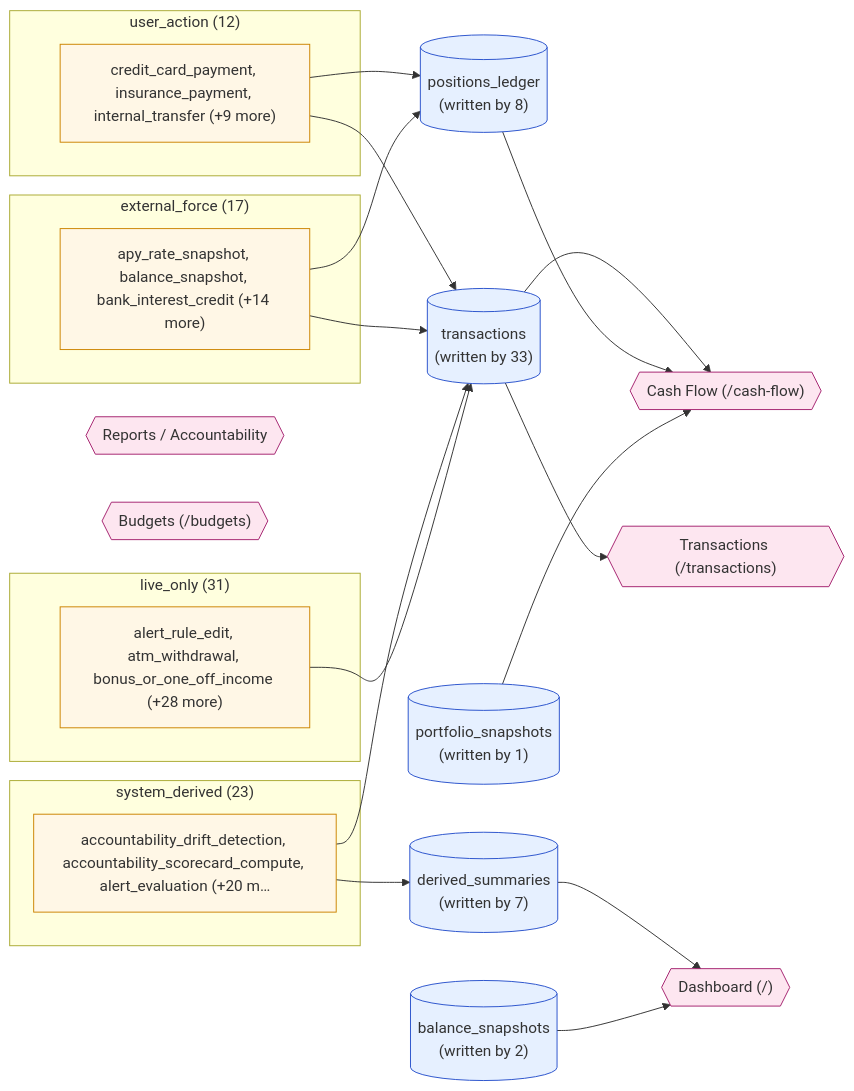
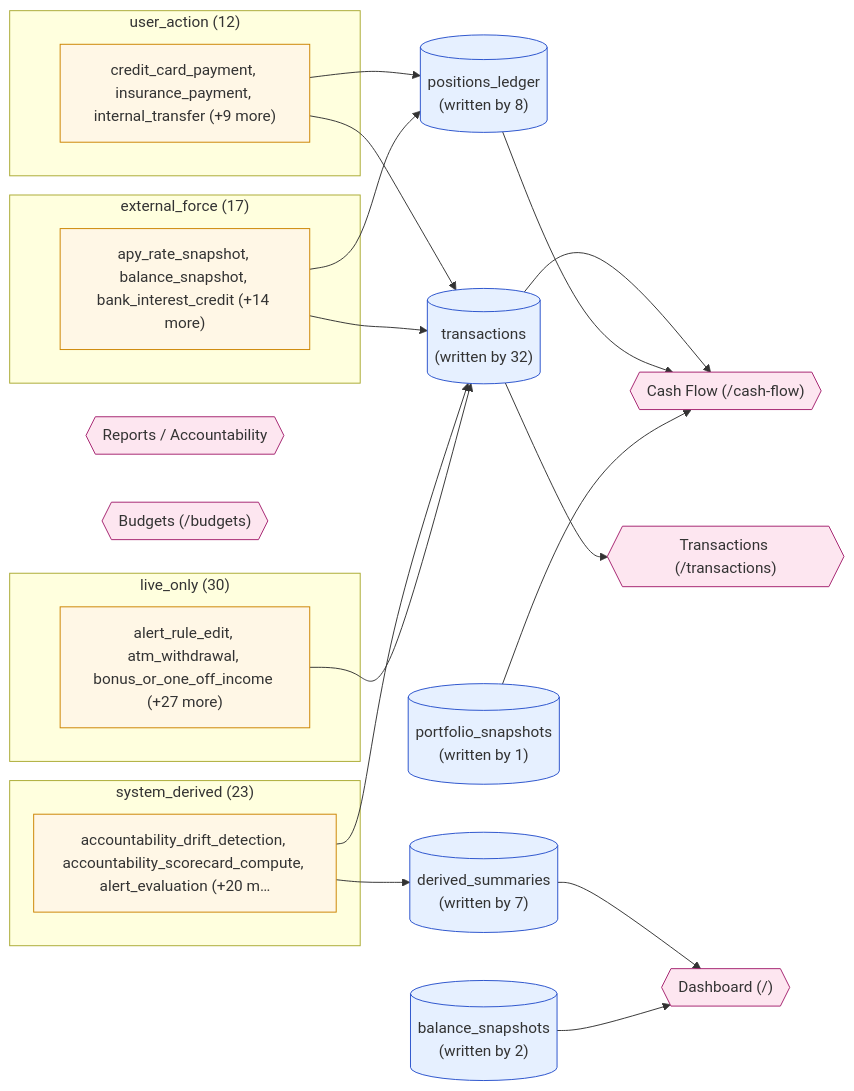
The diagram in docs/data-lineage/diagrams/_overview.mmd (wileyqe/Sentry-Finance), drawn with Mermaid before and after one commit. The commit also changed 11 other files, not shown here.

First line of the commit message:
docs(lineage): close AI-004/AI-018 + supersede AI-012/AI-016 to ROADMAP

```diff
--- a/docs/data-lineage/diagrams/_overview.mmd
+++ b/docs/data-lineage/diagrams/_overview.mmd
@@ -1,46 +1,46 @@
 %% Auto-generated by build_diagrams.py — do not edit by hand.
 %% Sentry Finance — Data Lineage Overview (Phase 4)
 %% Four event classes → dominant write tables → top UI surfaces.
 graph LR
   subgraph sg_cls_user_action["user_action  (12)"]
     cls_user_action["credit_card_payment, insurance_payment, internal_transfer (+9 more)"]
   end
   subgraph sg_cls_external_force["external_force  (17)"]
     cls_external_force["apy_rate_snapshot, balance_snapshot, bank_interest_credit (+14 more)"]
   end
   subgraph sg_cls_system_derived["system_derived  (23)"]
     cls_system_derived["accountability_drift_detection, accountability_scorecard_compute, alert_evaluation (+20 m…"]
   end
-  subgraph sg_cls_live_only["live_only  (31)"]
-    cls_live_only["alert_rule_edit, atm_withdrawal, bonus_or_one_off_income (+28 more)"]
+  subgraph sg_cls_live_only["live_only  (30)"]
+    cls_live_only["alert_rule_edit, atm_withdrawal, bonus_or_one_off_income (+27 more)"]
   end
-  tbl_transactions[("transactions<br/>(written by 33)")]
+  tbl_transactions[("transactions<br/>(written by 32)")]
   tbl_positions_ledger[("positions_ledger<br/>(written by 8)")]
   tbl_derived_summaries[("derived_summaries<br/>(written by 7)")]
   tbl_balance_snapshots[("balance_snapshots<br/>(written by 2)")]
   tbl_portfolio_snapshots[("portfolio_snapshots<br/>(written by 1)")]
   cls_user_action --> tbl_transactions
   cls_user_action --> tbl_positions_ledger
   cls_external_force --> tbl_positions_ledger
   cls_external_force --> tbl_transactions
   cls_system_derived --> tbl_derived_summaries
   cls_system_derived --> tbl_transactions
   cls_live_only --> tbl_transactions
   ui_Cash_Flow_cash_flow{{"Cash Flow (/cash-flow)"}}
   ui_Transactions_transactions{{"Transactions (/transactions)"}}
   ui_Dashboard{{"Dashboard (/)"}}
   ui_Reports_Accountability{{"Reports / Accountability"}}
   ui_Budgets_budgets{{"Budgets (/budgets)"}}
   tbl_transactions --> ui_Cash_Flow_cash_flow
   tbl_transactions --> ui_Transactions_transactions
   tbl_positions_ledger --> ui_Cash_Flow_cash_flow
   tbl_derived_summaries --> ui_Dashboard
   tbl_balance_snapshots --> ui_Dashboard
   tbl_portfolio_snapshots --> ui_Cash_Flow_cash_flow
 
   classDef cls fill:#fff7e6,stroke:#cc8400,stroke-width:1px;
   classDef table fill:#e6f0ff,stroke:#2952cc,stroke-width:1px;
   classDef ui fill:#fde6f0,stroke:#a5226f,stroke-width:1px;
   class cls_user_action,cls_external_force,cls_system_derived,cls_live_only cls;
   class tbl_transactions,tbl_positions_ledger,tbl_derived_summaries,tbl_balance_snapshots,tbl_portfolio_snapshots table;
   class ui_Cash_Flow_cash_flow,ui_Transactions_transactions,ui_Dashboard,ui_Reports_Accountability,ui_Budgets_budgets ui;
```
